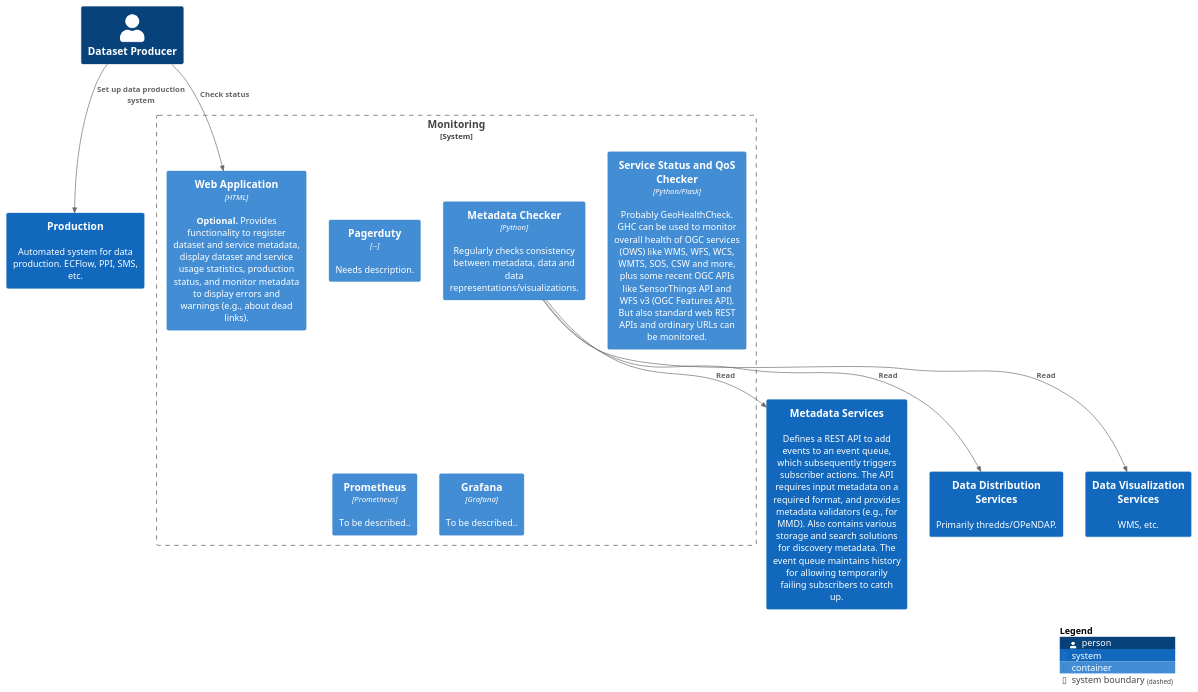
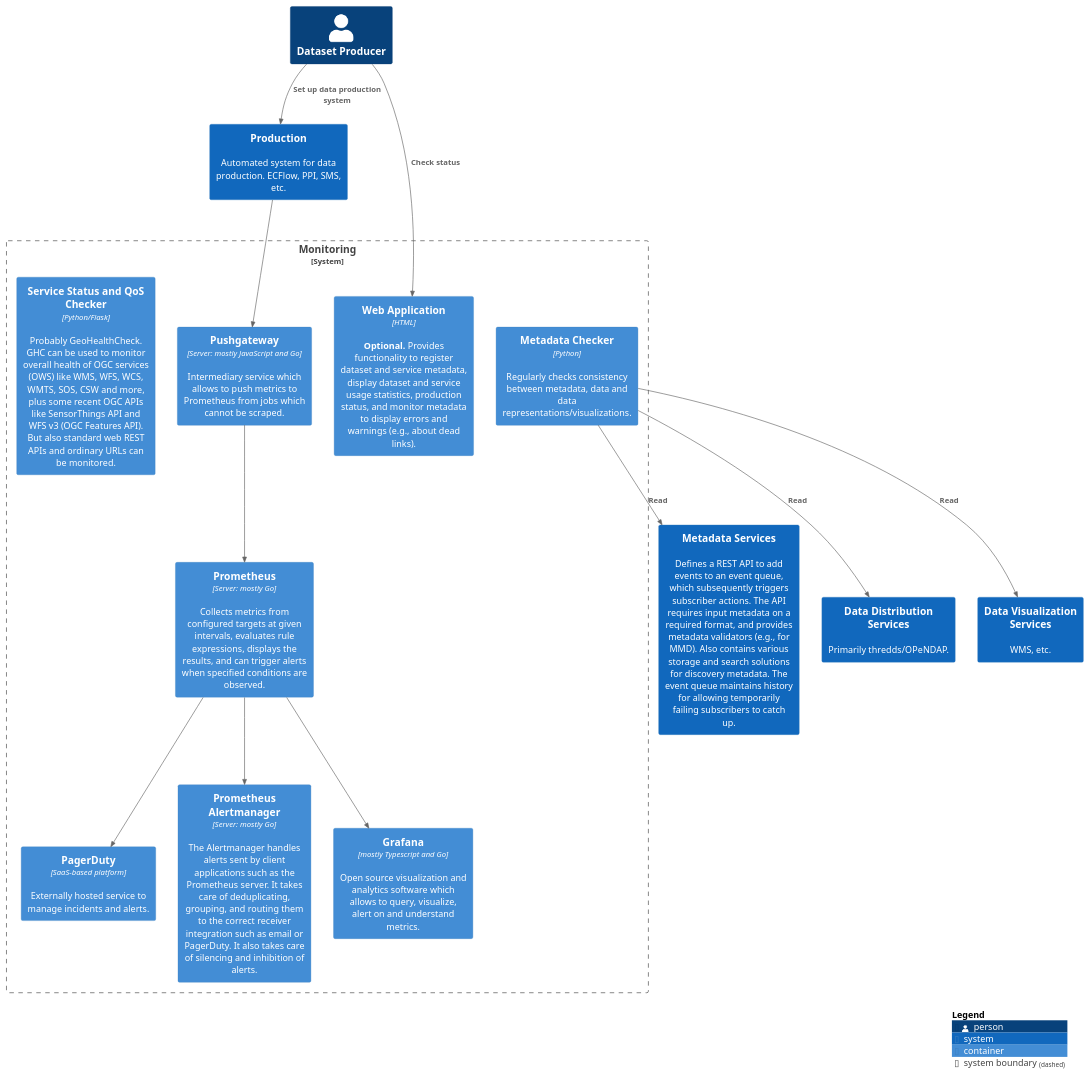
Before and after one commit to metno/S-ENDA-documentation: the diagram in source/puml/architecture/S-ENDA-monitoring-container-diagram.puml, drawn with PlantUML. The commit also changed other lines of this file, not shown here.

Commit message:
Adding more containers and relations, mostly commented, still very draft

```diff
--- a/source/puml/architecture/S-ENDA-monitoring-container-diagram.puml
+++ b/source/puml/architecture/S-ENDA-monitoring-container-diagram.puml
@@ -1,42 +1,66 @@
 @startuml S-ENDA-monitoring-container-diagram
 !include https://raw.githubusercontent.com/plantuml-stdlib/C4-PlantUML/master/C4_Container.puml
 
 LAYOUT_TOP_DOWN()
+'left to right direction
+
 
 Person(dataproducer, "Dataset Producer")
 
 System(dmservice, "Metadata Services", "Defines a REST API to add events to an event queue, which subsequently triggers subscriber actions. The API requires input metadata on a required format, and provides metadata validators (e.g., for MMD). Also contains various storage and search solutions for discovery metadata. The event queue maintains history for allowing temporarily failing subscribers to catch up.")
 System(productionhub, "Production", "Automated system for data production. ECFlow, PPI, SMS, etc.")
 System(dist_systems, "Data Distribution Services", "Primarily thredds/OPeNDAP.")
 System(vis_systems, "Data Visualization Services", "WMS, etc.")
+'System(hosting, "Virtual Machines, K8 Pods", "Servers and applications for further data processing and exposure to consumers.")
 
 System_Boundary(monitoring, "Monitoring", "Monitoring of usage, metadata consistency, and status of services and production chains. Uses existing systems (e.g., prometheus/grafana)."){
 
   Container(checker, "Metadata Checker", "Python", "Regularly checks consistency between metadata, data and data representations/visualizations.")
 
-  Container(pagerduty, "Pagerduty", "--", "Needs description.")
+  Container(pagerduty, "PagerDuty", "SaaS-based platform", "Externally hosted service to manage incidents and alerts.")
+  
+  Container(pushgateway, "Pushgateway", "Server: mostly JavaScript and Go", "Intermediary service which allows to push metrics to Prometheus from jobs which cannot be scraped.")
+  
+  Container(alertmanager, "Prometheus Alertmanager", "Server: mostly Go", "The Alertmanager handles alerts sent by client applications such as the Prometheus server. It takes care of deduplicating, grouping, and routing them to the correct receiver integration such as email or PagerDuty. It also takes care of silencing and inhibition of alerts.")
 
   Container(web_app, "Web Application", "HTML", "<b>Optional.</b> Provides functionality to register dataset and service metadata, display dataset and service usage statistics, production status, and monitor metadata to display errors and warnings (e.g., about dead links).")
-
+  
   Container(ghc, "Service Status and QoS Checker", "Python/Flask", "Probably GeoHealthCheck. GHC can be used to monitor overall health of OGC services (OWS) like WMS, WFS, WCS, WMTS, SOS, CSW and more, plus some recent OGC APIs like SensorThings API and WFS v3 (OGC Features API). But also standard web REST APIs and ordinary URLs can be monitored.")
 
-  Container(prometheus, "Prometheus", "Prometheus", "To be described..")
-  Container(grafana, "Grafana", "Grafana", "To be described..")
-
+  Container(prometheus, "Prometheus", "Server: mostly Go", "Collects metrics from configured targets at given intervals, evaluates rule expressions, displays the results, and can trigger alerts when specified conditions are observed.")
+  Container(grafana, "Grafana", "mostly Typescript and Go", "Open source visualization and analytics software which allows to query, visualize, alert on and understand metrics.")
+  
 }
 
 Rel(checker, dmservice, "Read")
 Rel(checker, dist_systems, "Read")
 Rel(checker, vis_systems, "Read")
 
+Rel(productionhub,pushgateway," ")
+Rel(pushgateway,prometheus," ")
+'Rel(web_app,pagerduty," ")
+'Rel(web_app,prometheus," ")
+Rel(prometheus,alertmanager," ")
+Rel(prometheus,pagerduty," ")
+Rel(prometheus,grafana," ")
+'Rel(dist_systems,pagerduty," ")
+'Rel(vis_systems,pagerduty," ")
+
+'Rel(dist_systems,prometheus," ")
+'Rel(vis_systems,prometheus," ")
+'Rel(vis_systems,pagerduty," ")
+
 Rel(dataproducer, web_app, "Check status")
+
+'Rel(ghc, dmservice, " ")
+'Rel(ghc, dist_systems, " ")
+'Rel(ghc, vis_systems, " ")
 
 Rel(dataproducer, productionhub, "Set up data production system")
 'Rel(productionhub, dist_systems, "Store")
 'Rel(productionhub, dmservice, "Validate/create/update/delete", "HTTP POST")
 'Rel(productionhub, dmservice, "Listen", "CloudEvent")
 'Rel(productionhub, vis_systems, "Store/Configure")
 
 SHOW_LEGEND()
-
 @enduml
```
